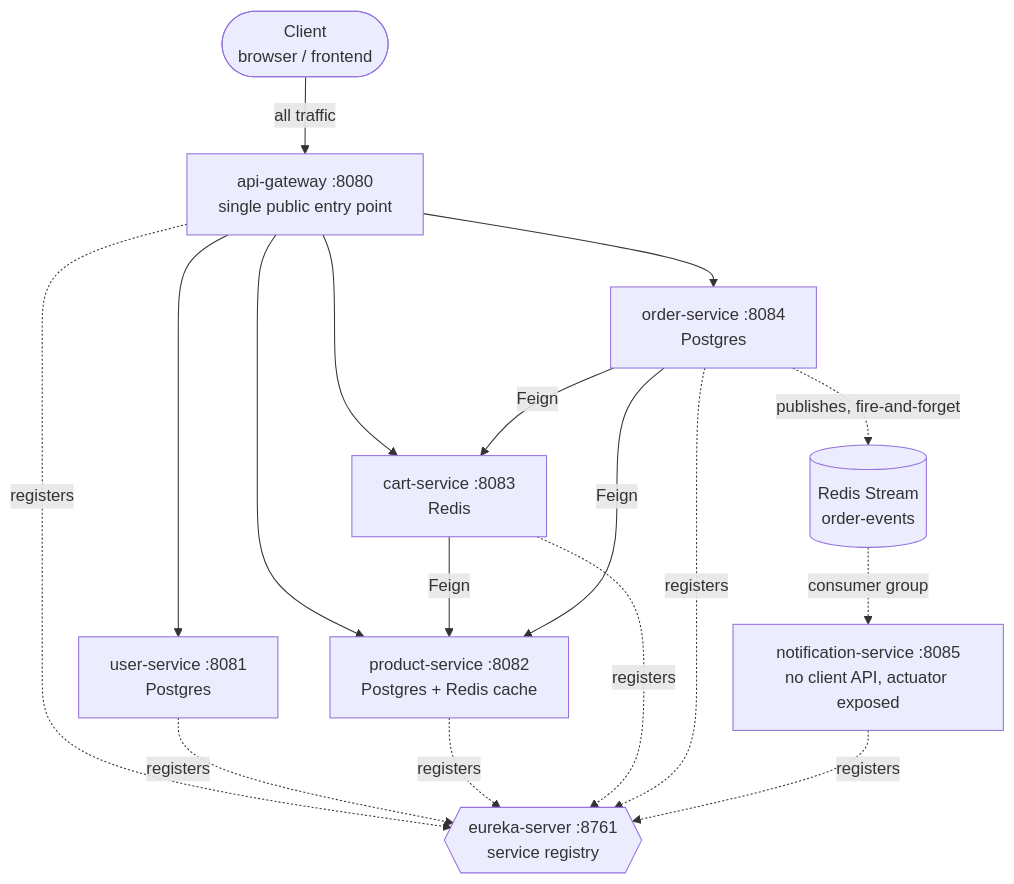
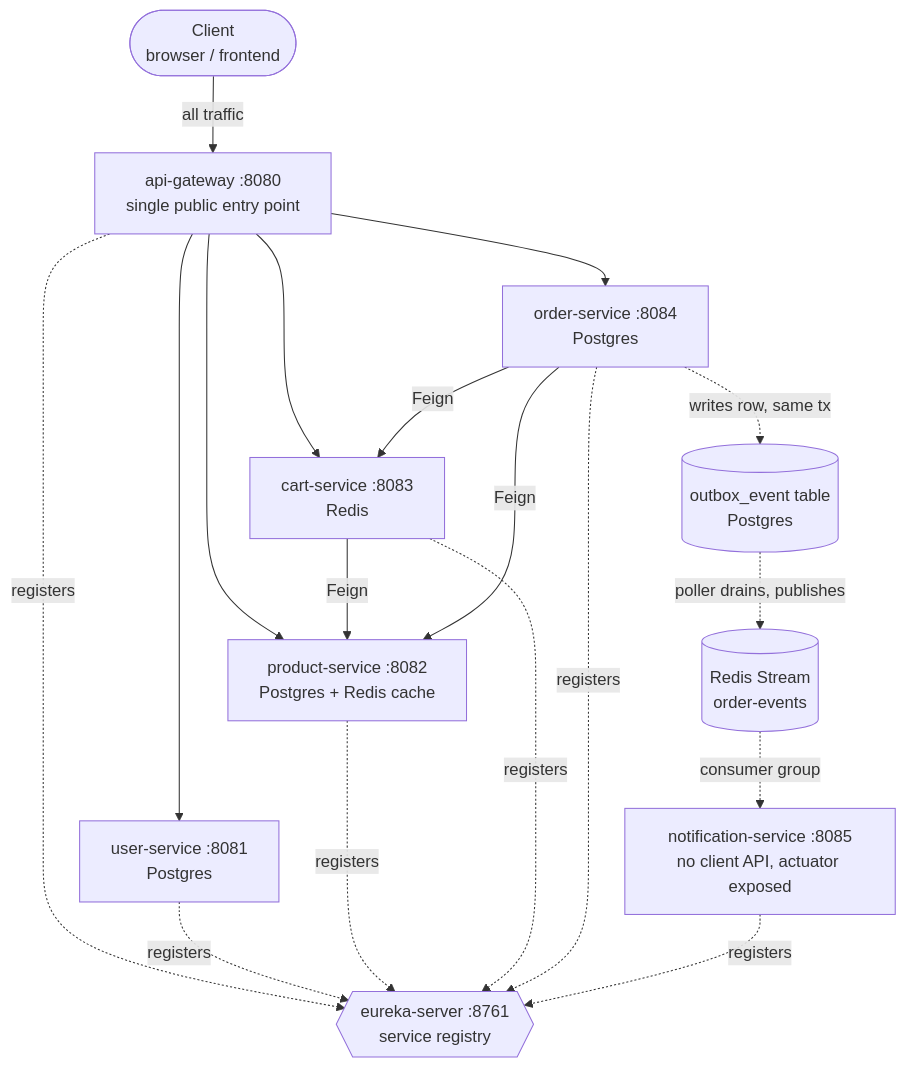
The diagram in README.md (Way1enz/shopstack), drawn with Mermaid before and after one commit. The commit also changed other lines of this file, not shown here.

````diff
--- a/README.md
+++ b/README.md
@@ -84,24 +81,25 @@
 ```mermaid
 flowchart TD
     client(["Client<br/>browser / frontend"]) -->|all traffic| gateway["api-gateway :8080<br/>single public entry point"]
 
     gateway --> user["user-service :8081<br/>Postgres"]
     gateway --> product["product-service :8082<br/>Postgres + Redis cache"]
     gateway --> cart["cart-service :8083<br/>Redis"]
     gateway --> order["order-service :8084<br/>Postgres"]
 
     cart -->|Feign| product
     order -->|Feign| product
     order -->|Feign| cart
 
-    order -.->|publishes, fire-and-forget| stream[("Redis Stream<br/>order-events")]
+    order -.->|writes row, same tx| outbox[("outbox_event table<br/>Postgres")]
+    outbox -.->|poller drains, publishes| stream[("Redis Stream<br/>order-events")]
     stream -.->|consumer group| notification["notification-service :8085<br/>no client API, actuator exposed"]
 
     eureka{{"eureka-server :8761<br/>service registry"}}
     gateway -.->|registers| eureka
     user -.->|registers| eureka
     product -.->|registers| eureka
     cart -.->|registers| eureka
     order -.->|registers| eureka
     notification -.->|registers| eureka
 ```
````
